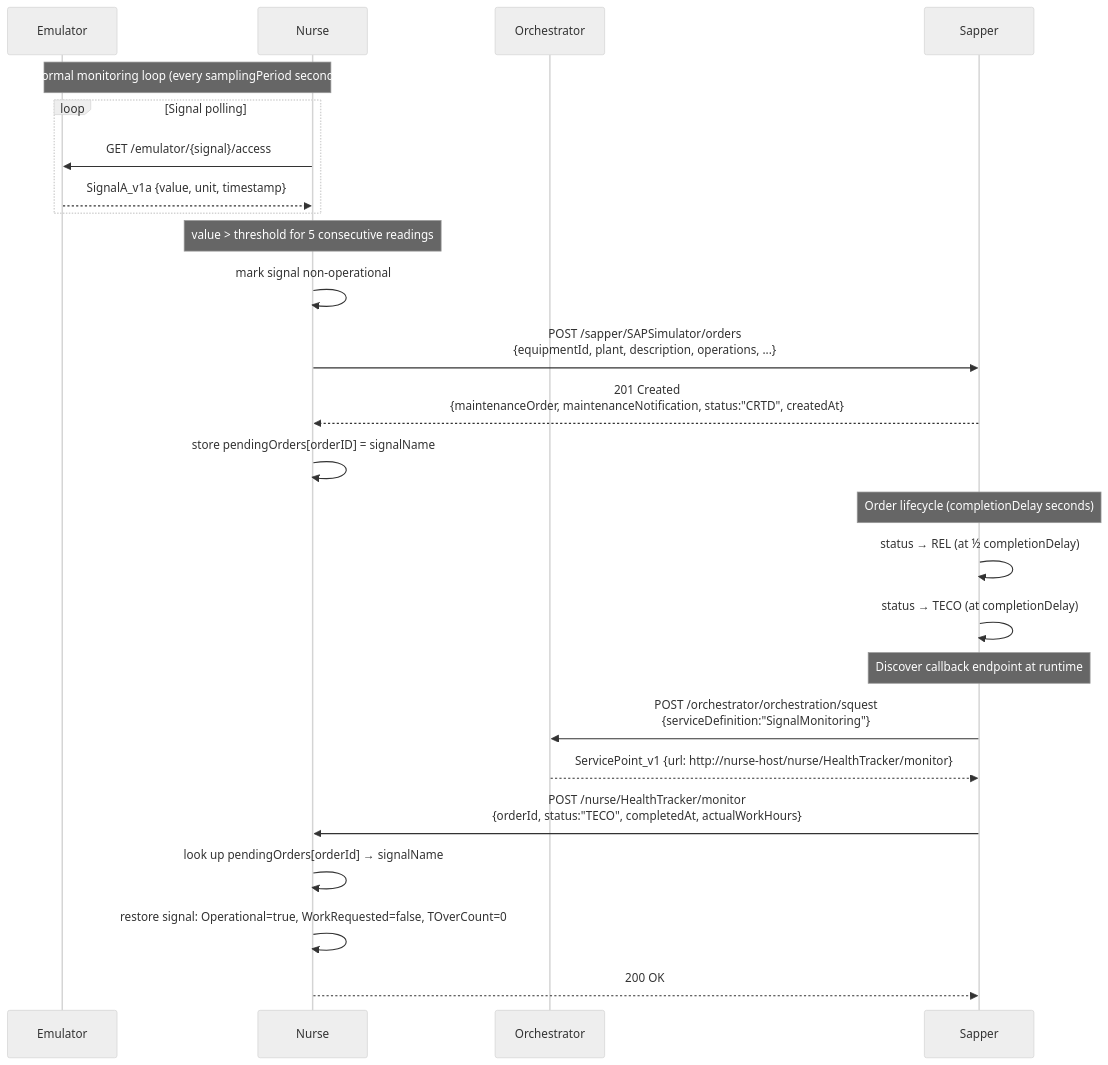
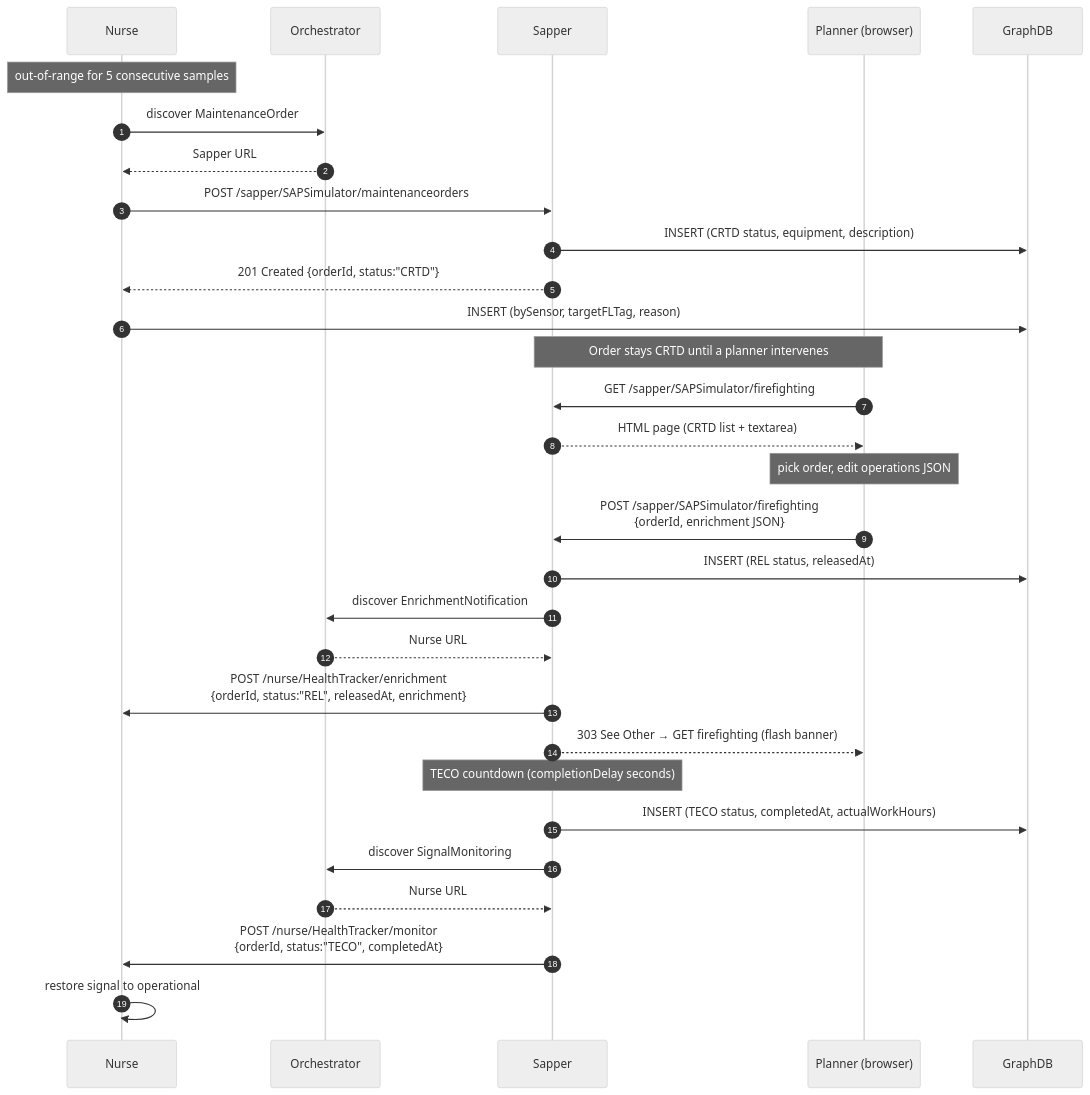
One commit to sdoque/systems changed the diagram in sapper/README.md. Above: the diagram before and after it, drawn with Mermaid (neutral theme). The commit also changed other lines of this file and 9 other files, not shown here.

````diff
--- a/sapper/README.md
+++ b/sapper/README.md
@@ -28,32 +60,35 @@
 ```mermaid
 sequenceDiagram
-    participant E  as Emulator
+    autonumber
     participant N  as Nurse
     participant OR as Orchestrator
     participant S  as Sapper
+    participant P  as Planner (browser)
+    participant G  as GraphDB
 
-    Note over E,N: Normal monitoring loop (every samplingPeriod seconds)
-    loop Signal polling
-        N->>E: GET /emulator/{signal}/access
-        E-->>N: SignalA_v1a {value, unit, timestamp}
-    end
+    Note over N: out-of-range for 5 consecutive samples
+    N->>OR: discover MaintenanceOrder
+    OR-->>N: Sapper URL
+    N->>S: POST /sapper/SAPSimulator/maintenanceorders
+    S->>G: INSERT (CRTD status, equipment, description)
+    S-->>N: 201 Created {orderId, status:"CRTD"}
+    N->>G: INSERT (bySensor, targetFLTag, reason)
 
-    Note over N: value > threshold for 5 consecutive readings
-    N->>N: mark signal non-operational
-    N->>S: POST /sapper/SAPSimulator/orders<br/>{equipmentId, plant, description, operations, ...}
-    S-->>N: 201 Created<br/>{maintenanceOrder, maintenanceNotification, status:"CRTD", createdAt}
-    N->>N: store pendingOrders[orderID] = signalName
+    Note over P,S: Order stays CRTD until a planner intervenes
+    P->>S: GET /sapper/SAPSimulator/firefighting
+    S-->>P: HTML page (CRTD list + textarea)
+    Note over P: pick order, edit operations JSON
+    P->>S: POST /sapper/SAPSimulator/firefighting<br/>{orderId, enrichment JSON}
+    S->>G: INSERT (REL status, releasedAt)
+    S->>OR: discover EnrichmentNotification
+    OR-->>S: Nurse URL
+    S->>N: POST /nurse/HealthTracker/enrichment<br/>{orderId, status:"REL", releasedAt, enrichment}
+    S-->>P: 303 See Other → GET firefighting (flash banner)
 
-    Note over S: Order lifecycle (completionDelay seconds)
-    S->>S: status → REL  (at ½ completionDelay)
-    S->>S: status → TECO (at completionDelay)
-
-    Note over S: Discover callback endpoint at runtime
-    S->>OR: POST /orchestrator/orchestration/squest<br/>{serviceDefinition:"SignalMonitoring"}
-    OR-->>S: ServicePoint_v1 {url: http://nurse-host/nurse/HealthTracker/monitor}
-
-    S->>N: POST /nurse/HealthTracker/monitor<br/>{orderId, status:"TECO", completedAt, actualWorkHours}
-    N->>N: look up pendingOrders[orderId] → signalName
-    N->>N: restore signal: Operational=true, WorkRequested=false, TOverCount=0
-    N-->>S: 200 OK
+    Note over S: TECO countdown (completionDelay seconds)
+    S->>G: INSERT (TECO status, completedAt, actualWorkHours)
+    S->>OR: discover SignalMonitoring
+    OR-->>S: Nurse URL
+    S->>N: POST /nurse/HealthTracker/monitor<br/>{orderId, status:"TECO", completedAt}
+    N->>N: restore signal to operational
 ```
````
